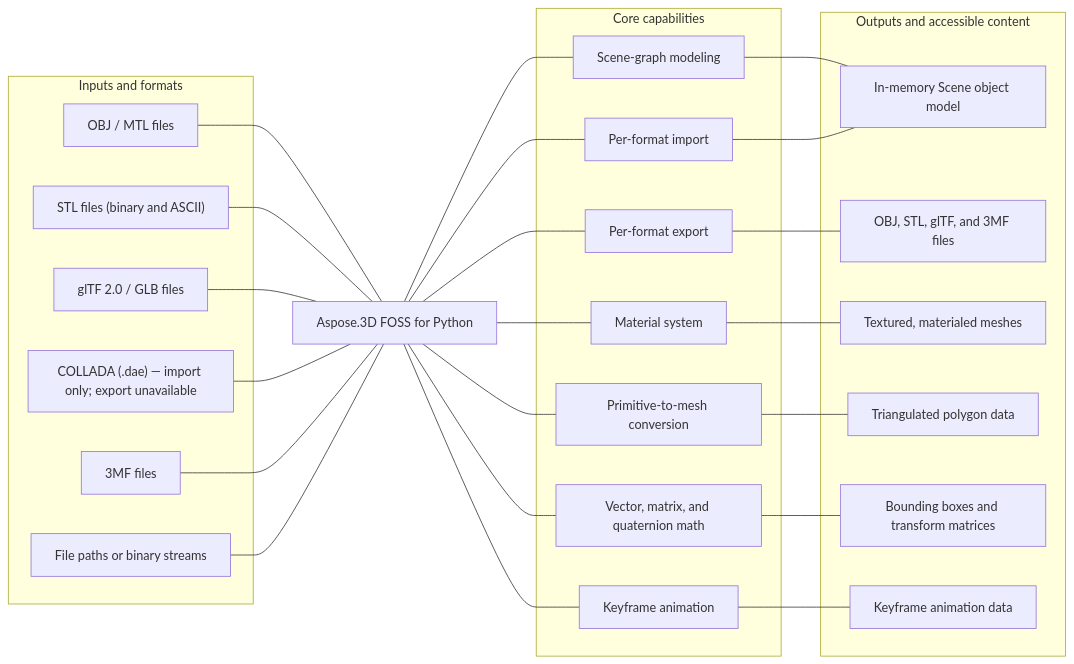
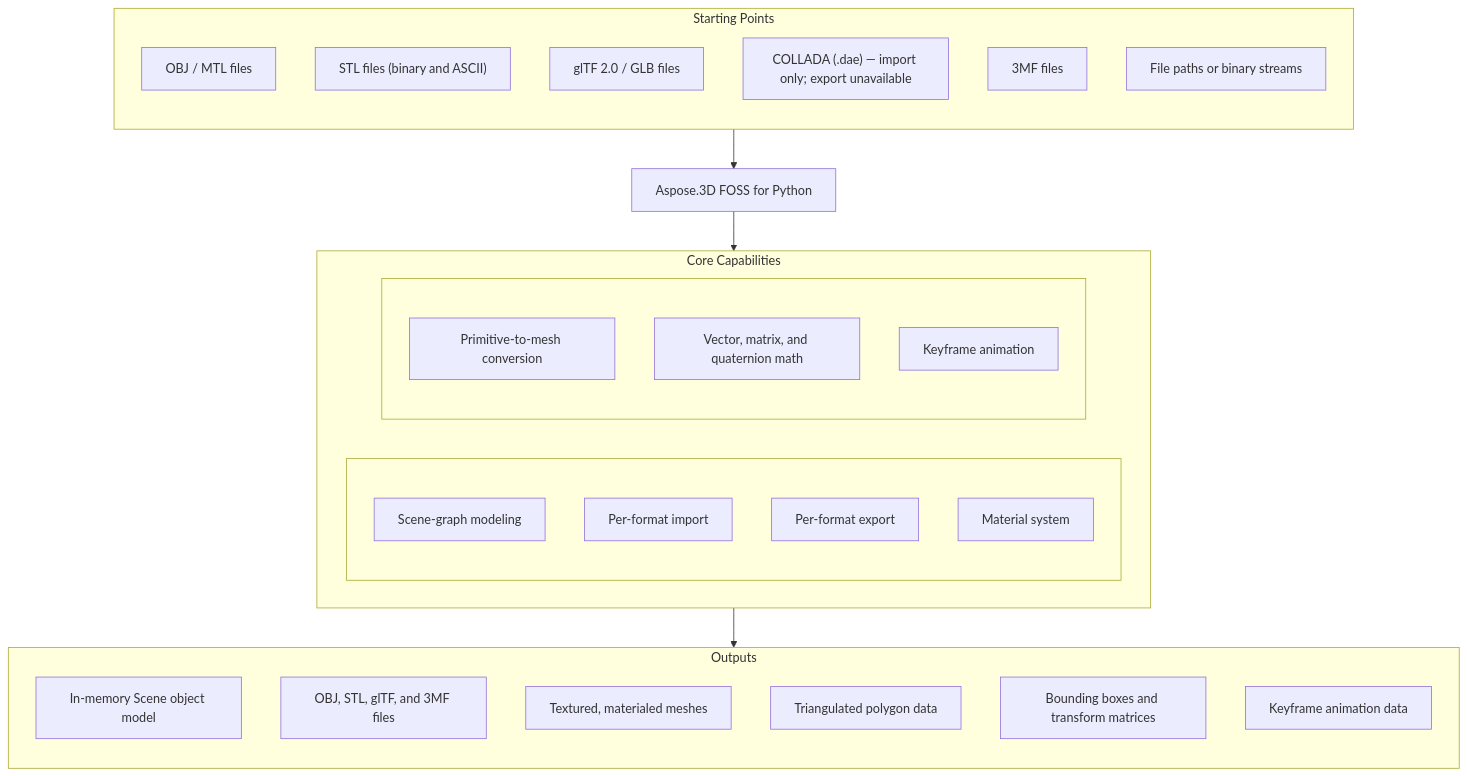
Before and after one commit to aspose-3d-foss/Aspose.3D-FOSS-for-Python: the diagram in README.md, drawn with Mermaid.

Commit message:
fix: eliminate Mermaid node-text clipping in the At a Glance diagram
- Restructured the At a Glance diagram from the individually-wired
  Input/Capability/Output edge model to the flat, unwired
  Starting Points -> Product -> Core Capabilities -> Outputs container
  chain (2 balanced Core Capabilities columns for the 7 real
  capabilities).
- The prior model's converging/crossing edges triggered a real, confirmed
  rendering inconsistency in GitHub's Mermaid renderer: the "Outputs and
  accessible content" container title rendered cut off ("Outputs and
  accessible c...") and the "Keyframe animation data" output node
  rendered cut off ("Keyframe an...") on the live page.
- No capability, input, or output was added, removed, or reworded --
  every one of the 6 Starting Points, 7 Core Capabilities, and 6 Outputs
  labels is byte-identical to the prior version, only the diagram's
  topology changed.

Verification: the corrected diagram was independently re-rendered against
a real Mermaid renderer before this push, confirming every label is now
fully visible with no clipping, truncation, or overlap.

````diff
--- a/README.md
+++ b/README.md
@@ -25,53 +25,39 @@
 ```mermaid
-flowchart LR
-  subgraph Inputs["Inputs and formats"]
+flowchart TD
+  subgraph StartingPoints["Starting Points"]
+    direction TB
     I1["OBJ / MTL files"]
     I2["STL files (binary and ASCII)"]
     I3["glTF 2.0 / GLB files"]
     I4["COLLADA (.dae) — import only; export unavailable"]
     I5["3MF files"]
     I6["File paths or binary streams"]
   end
-
   PRODUCT["Aspose.3D FOSS for Python"]
-
-  subgraph Capabilities["Core capabilities"]
-    C1["Scene-graph modeling"]
-    C2["Per-format import"]
-    C3["Per-format export"]
-    C4["Material system"]
-    C5["Primitive-to-mesh conversion"]
-    C6["Vector, matrix, and quaternion math"]
-    C7["Keyframe animation"]
+  subgraph Capabilities["Core Capabilities"]
+    direction LR
+    subgraph capl[" "]
+      direction TB
+      C1["Scene-graph modeling"]
+      C2["Per-format import"]
+      C3["Per-format export"]
+      C4["Material system"]
+    end
+    subgraph capr[" "]
+      direction TB
+      C5["Primitive-to-mesh conversion"]
+      C6["Vector, matrix, and quaternion math"]
+      C7["Keyframe animation"]
+    end
   end
-
-  subgraph Outputs["Outputs and accessible content"]
+  subgraph Outputs["Outputs"]
+    direction TB
     O1["In-memory Scene object model"]
     O2["OBJ, STL, glTF, and 3MF files"]
     O3["Textured, materialed meshes"]
     O4["Triangulated polygon data"]
     O5["Bounding boxes and transform matrices"]
     O6["Keyframe animation data"]
   end
-
-  I1 --- PRODUCT
-  I2 --- PRODUCT
-  I3 --- PRODUCT
-  I4 --- PRODUCT
-  I5 --- PRODUCT
-  I6 --- PRODUCT
-  PRODUCT --- C1
-  PRODUCT --- C2
-  PRODUCT --- C3
-  PRODUCT --- C4
-  PRODUCT --- C5
-  PRODUCT --- C6
-  PRODUCT --- C7
-  C1 --- O1
-  C2 --- O1
-  C3 --- O2
-  C4 --- O3
-  C5 --- O4
-  C6 --- O5
-  C7 --- O6
+  StartingPoints --> PRODUCT --> Capabilities --> Outputs
 ```
````
